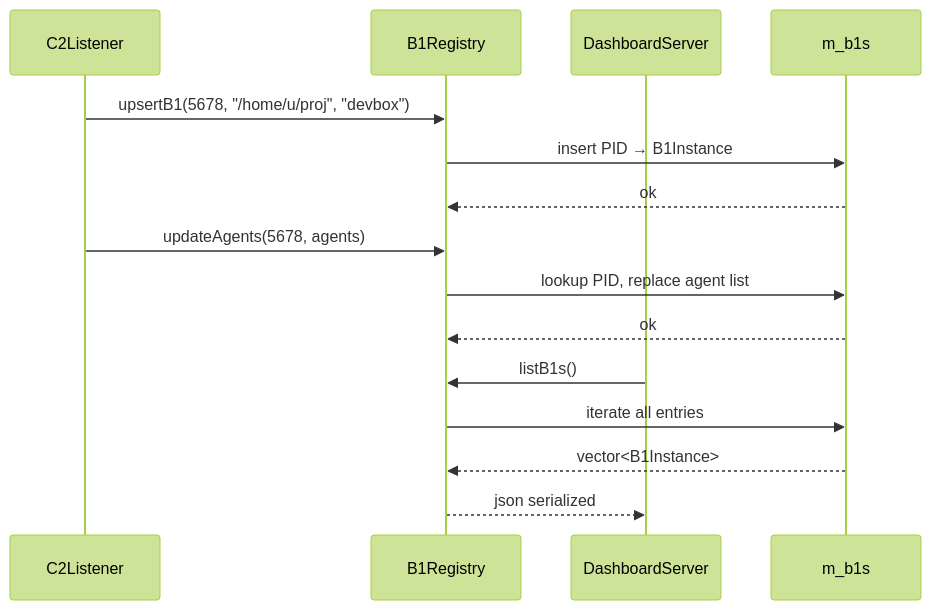
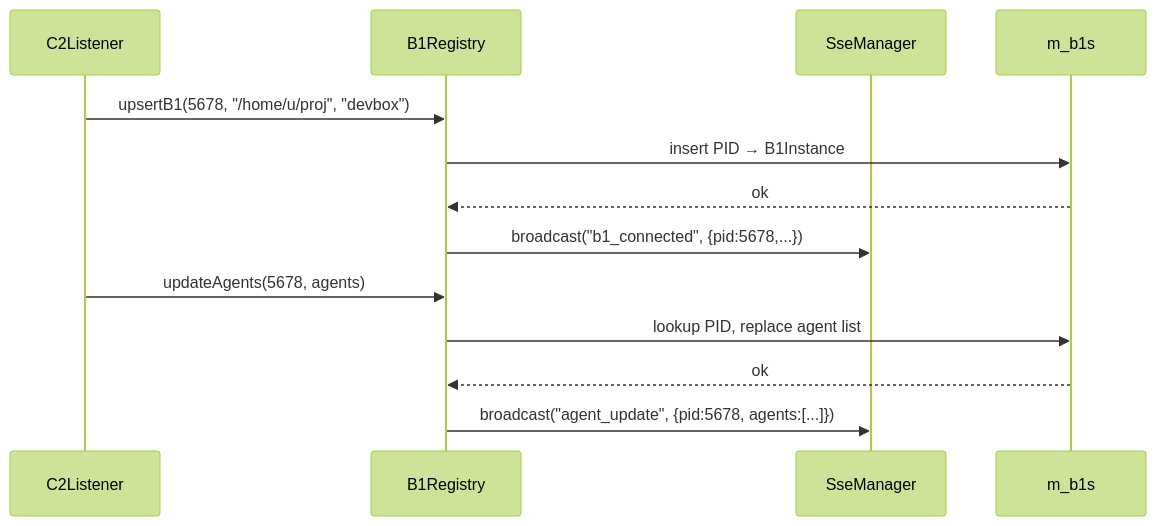
One commit to opensassi/a0 changed the second of 2 diagrams in src/c2/b1_registry.spec.md. Above: the diagram before and after it, drawn with Mermaid (forest theme). The commit also changed other lines of this file and 71 other files, not shown here.

````diff
--- a/src/c2/b1_registry.spec.md
+++ b/src/c2/b1_registry.spec.md
@@ -64,20 +71,17 @@
 ```mermaid
 sequenceDiagram
     participant C2L as C2Listener
     participant REG as B1Registry
-    participant DASH as DashboardServer
+    participant SSE as SseManager
     participant MAP as m_b1s
 
     C2L->>REG: upsertB1(5678, "/home/u/proj", "devbox")
     REG->>MAP: insert PID → B1Instance
     MAP-->>REG: ok
+    REG->>SSE: broadcast("b1_connected", {pid:5678,...})
 
     C2L->>REG: updateAgents(5678, agents)
     REG->>MAP: lookup PID, replace agent list
     MAP-->>REG: ok
-
-    DASH->>REG: listB1s()
-    REG->>MAP: iterate all entries
-    MAP-->>REG: vector<B1Instance>
-    REG-->>DASH: json serialized
+    REG->>SSE: broadcast("agent_update", {pid:5678, agents:[...]})
 ```
````
